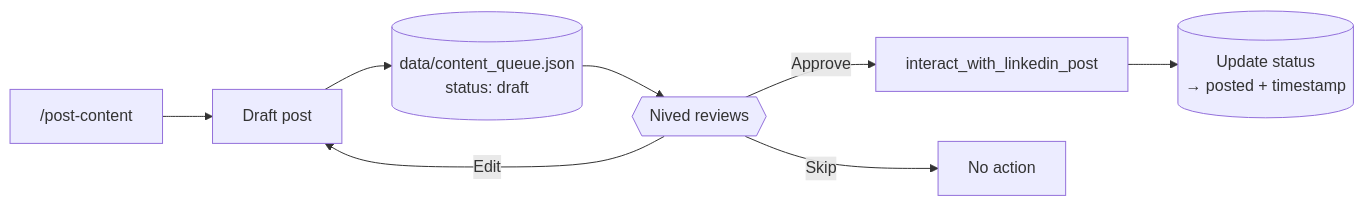
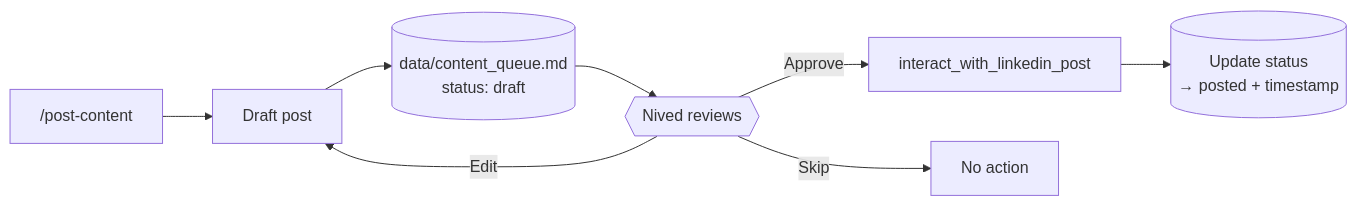
The third of 6 diagrams in README.md (nived15/linkedin-helper), drawn with Mermaid before and after one commit. The commit also changed other lines of this file and 7 other files, not shown here.

First line of the commit message:
fix: update data file references from .json to .md and add missing MCP tools

````diff
--- a/README.md
+++ b/README.md
@@ -75,10 +75,10 @@
 ```mermaid
 flowchart LR
     A["/post-content"] --> B[Draft post]
-    B --> C[(data/content_queue.json\nstatus: draft)]
+    B --> C[(data/content_queue.md\nstatus: draft)]
     C --> D{{Nived reviews}}
     D -->|Approve| E[interact_with_linkedin_post]
     D -->|Edit| B
     D -->|Skip| F[No action]
     E --> G[(Update status\n→ posted + timestamp)]
 ```
````
